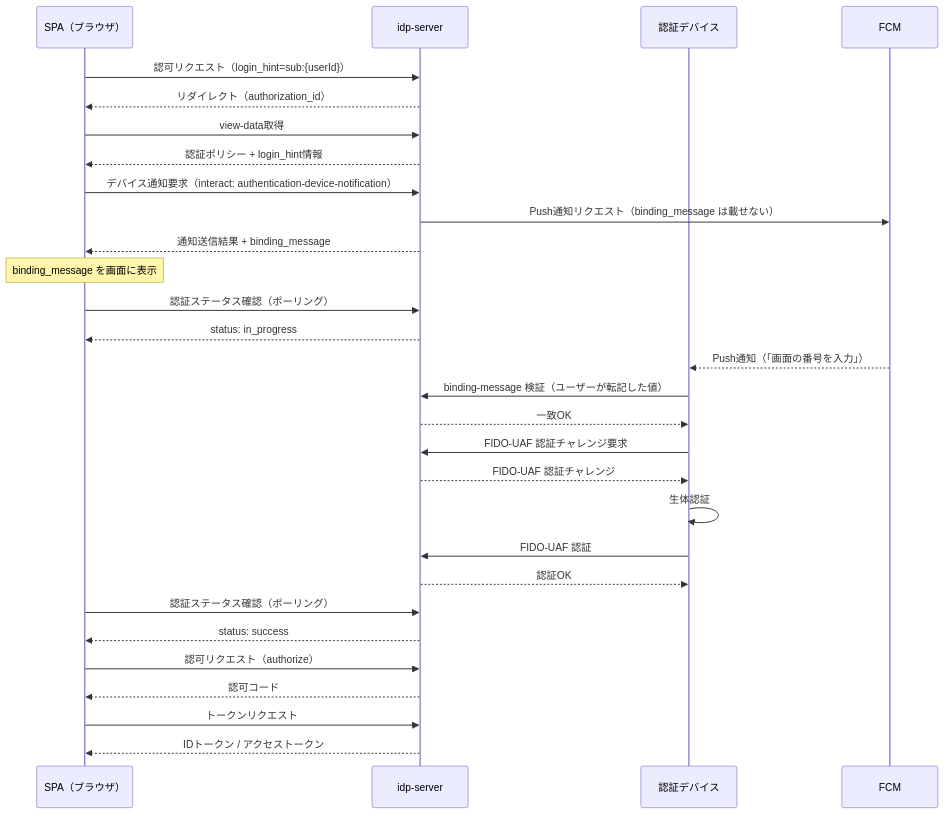
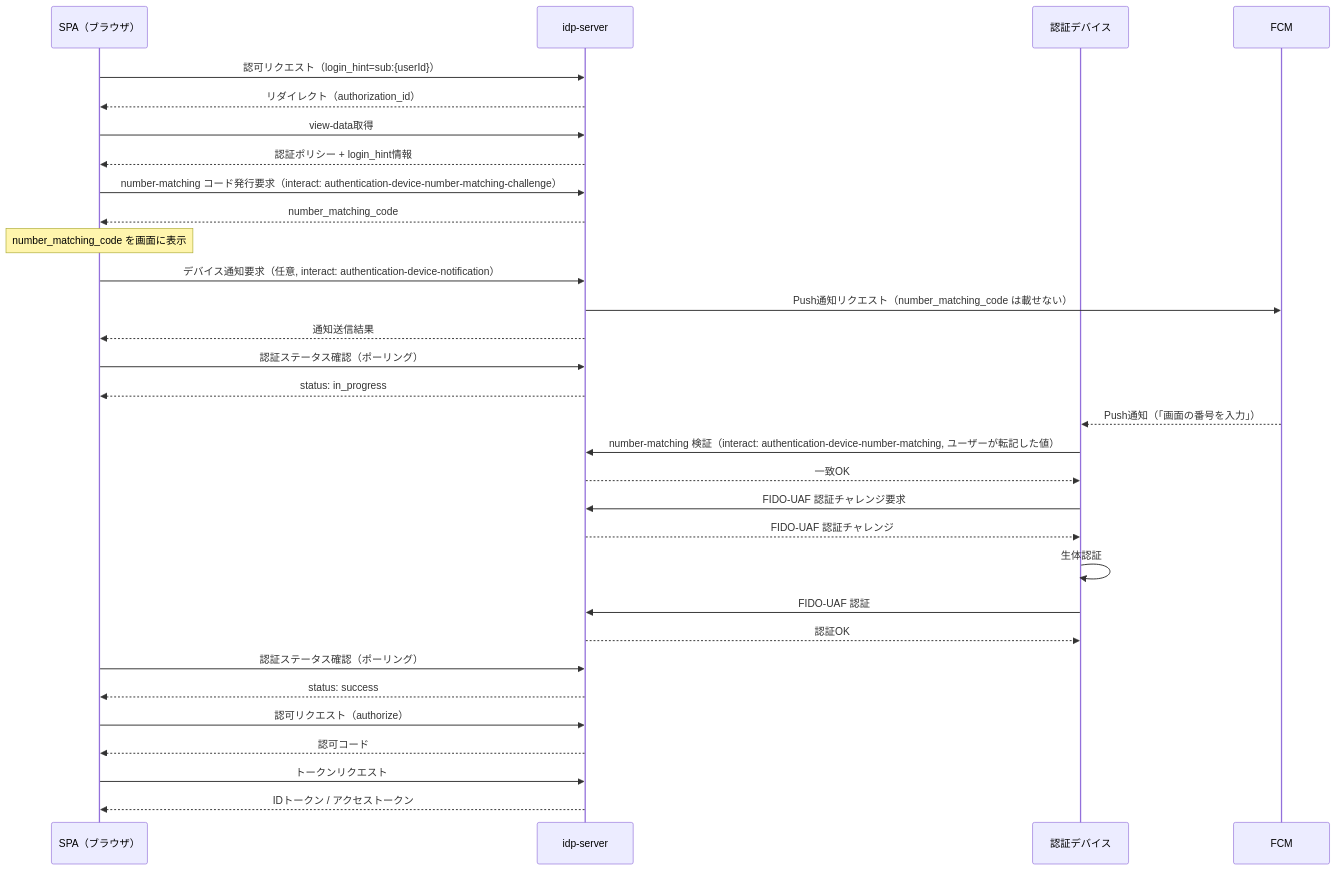
Before and after one commit to hirokazu-kobayashi-koba-hiro/idp-server: the diagram in documentation/docs/content_05_how-to/phase-3-advanced/fido-uaf/04-authorization-code-flow.md, drawn with Mermaid. The commit also changed 8 other files, not shown here.

First line of the commit message:
fix: number-matching をレビュー指摘に沿って堅牢化 (#1505)

````diff
--- a/documentation/docs/content_05_how-to/phase-3-advanced/fido-uaf/04-authorization-code-flow.md
+++ b/documentation/docs/content_05_how-to/phase-3-advanced/fido-uaf/04-authorization-code-flow.md
@@ -43,38 +43,41 @@
 ```mermaid
 sequenceDiagram
     participant SPA as SPA（ブラウザ）
     participant idp as idp-server
     participant Device as 認証デバイス
     participant fcm as FCM
 
     SPA ->> idp: 認可リクエスト（login_hint=sub:{userId}）
     idp -->> SPA: リダイレクト（authorization_id）
     SPA ->> idp: view-data取得
     idp -->> SPA: 認証ポリシー + login_hint情報
 
-    SPA ->> idp: デバイス通知要求（interact: authentication-device-notification）
-    idp ->> fcm: Push通知リクエスト（binding_message は載せない）
-    idp -->> SPA: 通知送信結果 + binding_message
-    Note over SPA: binding_message を画面に表示
+    SPA ->> idp: number-matching コード発行要求（interact: authentication-device-number-matching-challenge）
+    idp -->> SPA: number_matching_code
+    Note over SPA: number_matching_code を画面に表示
+
+    SPA ->> idp: デバイス通知要求（任意, interact: authentication-device-notification）
+    idp ->> fcm: Push通知リクエスト（number_matching_code は載せない）
+    idp -->> SPA: 通知送信結果
 
     SPA ->> idp: 認証ステータス確認（ポーリング）
     idp -->> SPA: status: in_progress
 
     fcm -->> Device: Push通知（「画面の番号を入力」）
-    Device ->> idp: binding-message 検証（ユーザーが転記した値）
+    Device ->> idp: number-matching 検証（interact: authentication-device-number-matching, ユーザーが転記した値）
     idp -->> Device: 一致OK
     Device ->> idp: FIDO-UAF 認証チャレンジ要求
     idp -->> Device: FIDO-UAF 認証チャレンジ
     Device ->> Device: 生体認証
     Device ->> idp: FIDO-UAF 認証
     idp -->> Device: 認証OK
 
     SPA ->> idp: 認証ステータス確認（ポーリング）
     idp -->> SPA: status: success
 
     SPA ->> idp: 認可リクエスト（authorize）
     idp -->> SPA: 認可コード
 
     SPA ->> idp: トークンリクエスト
     idp -->> SPA: IDトークン / アクセストークン
 ```
````
